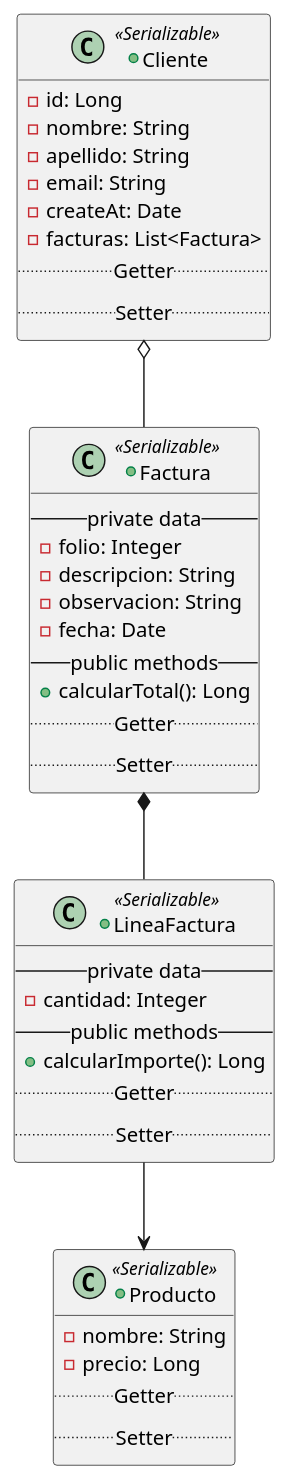
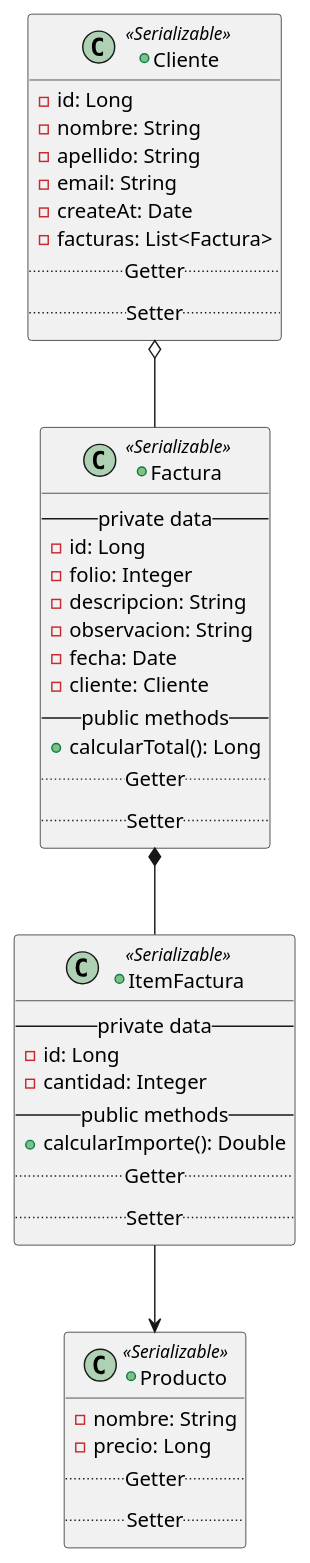
One commit to marcopgordillo/springboot-backend-apirest changed the diagram in umlDiagrams/Facturacion.puml. Above: the diagram before and after it, drawn with PlantUML. The commit also changed 2 other files, not shown here.

Commit message:
Añadido las asociaciones OneToMany Unidireccional Clases entity Factura e ItemFactura

```diff
--- a/umlDiagrams/Facturacion.puml
+++ b/umlDiagrams/Facturacion.puml
@@ -1,46 +1,49 @@
 @startuml
 
 +class Cliente <<Serializable>> {
     -id: Long
     -nombre: String
     -apellido: String
     -email: String
     -createAt: Date
     -facturas: List<Factura>
     .. Getter ..
     .. Setter ..
 }
 
 +class Factura <<Serializable>> {
     -- private data --
+    -id: Long
     -folio: Integer
     -descripcion: String
     -observacion: String
     -fecha: Date
+    -cliente: Cliente
     -- public methods --
     +calcularTotal(): Long
     .. Getter ..
     .. Setter ..
 }
 
-+class LineaFactura <<Serializable>> {
++class ItemFactura <<Serializable>> {
     -- private data --
+    -id: Long
     -cantidad: Integer
     -- public methods --
-    +calcularImporte(): Long
+    +calcularImporte(): Double
     .. Getter ..
     .. Setter ..
 }
 
 +class Producto <<Serializable>> {
     -nombre: String
     -precio: Long
     .. Getter ..
     .. Setter ..
 }
 
 Cliente o-- Factura
-Factura *-- LineaFactura
-LineaFactura --> Producto
+Factura *-- ItemFactura
+ItemFactura --> Producto
 
 @enduml
```
